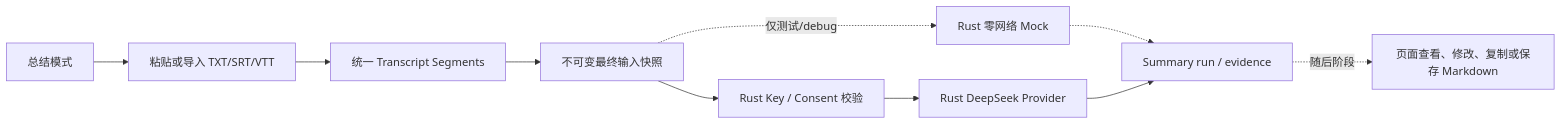
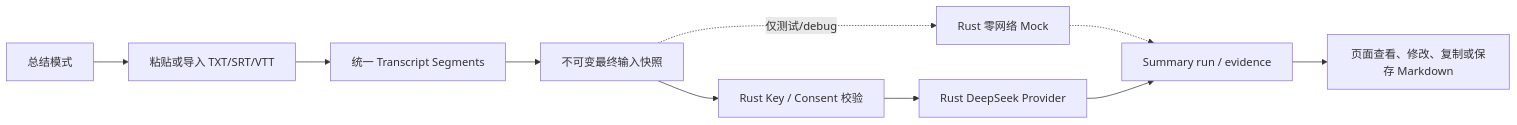
One commit to Gray-8a/MeetingLens changed the second of 7 diagrams in ARCHITECTURE.md. Above: the diagram before and after it, drawn with Mermaid. The commit also changed other lines of this file and 47 other files, not shown here.

````diff
--- a/ARCHITECTURE.md
+++ b/ARCHITECTURE.md
@@ -29,12 +29,12 @@
 ```mermaid
 flowchart LR
     HOME["总结模式"] --> SOURCE["粘贴或导入 TXT/SRT/VTT"]
     SOURCE --> SEGMENTS["统一 Transcript Segments"]
     SEGMENTS --> SNAPSHOT["不可变最终输入快照"]
     SNAPSHOT --> CONSENT["Rust Key / Consent 校验"]
     CONSENT --> DEEPSEEK["Rust DeepSeek Provider"]
     SNAPSHOT -. "仅测试/debug" .-> MOCK["Rust 零网络 Mock"]
     MOCK -.-> RUN["Summary run / evidence"]
     DEEPSEEK --> RUN
-    RUN -. "随后阶段" .-> MINUTES["页面查看、修改、复制或保存 Markdown"]
+    RUN --> MINUTES["页面查看、修改、复制或保存 Markdown"]
 ```
````
